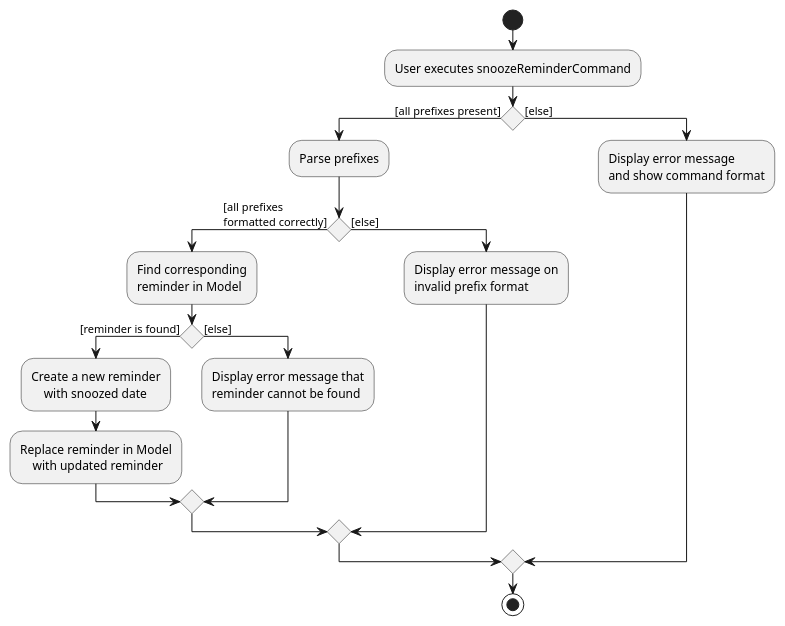
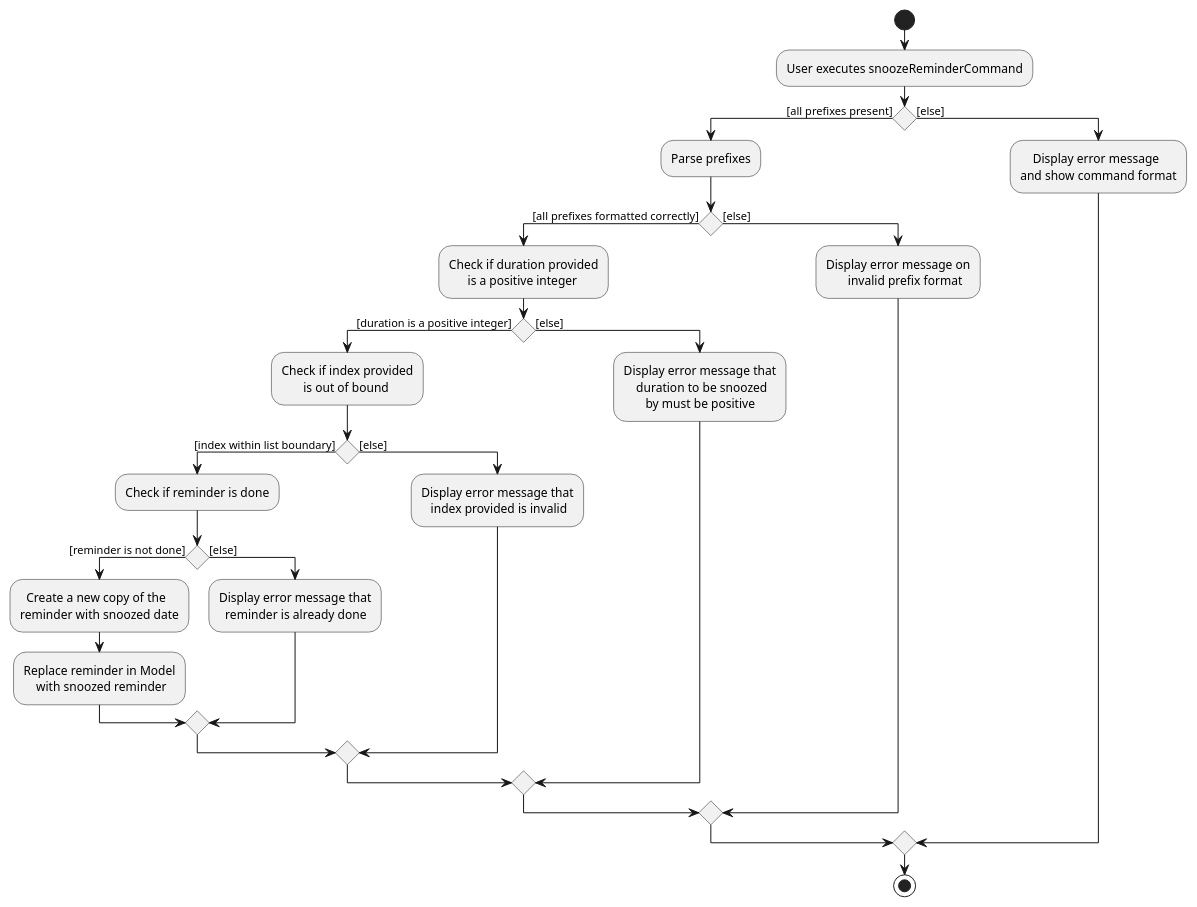
The diagram in docs/diagrams/SnoozeReminderActivityDiagram.puml (suwoons/main), drawn with PlantUML before and after one commit. The commit also changed 3 other files, not shown here.

```diff
--- a/docs/diagrams/SnoozeReminderActivityDiagram.puml
+++ b/docs/diagrams/SnoozeReminderActivityDiagram.puml
@@ -1,32 +1,45 @@
 @startuml
 start
 :User executes snoozeReminderCommand;
 
 'Since the beta syntax does not support placing the condition outside the
 'diamond we place it as the true branch instead.
 
 if () then ([all prefixes present])
     :Parse prefixes;
-    if () then (    [all prefixes
-    formatted correctly])
-        :Find corresponding
-        reminder in Model;
-        if () then ([reminder is found])
-            :Create a new reminder
-                with snoozed date;
-            :Replace reminder in Model
-                with updated reminder;
+    if () then ([all prefixes formatted correctly])
+        :Check if duration provided
+              is a positive integer;
+        if () then ([duration is a positive integer])
+            :Check if index provided
+                   is out of bound;
+                if () then ([index within list boundary])
+                :Check if reminder is done;
+                    if () then ([reminder is not done])
+                    :  Create a new copy of the
+                    reminder with snoozed date;
+                    :Replace reminder in Model
+                        with snoozed reminder;
+                    else ([else])
+                        :Display error message that
+                          reminder is already done;
+                    endif
+                else ([else])
+                    :Display error message that
+                       index provided is invalid;
+                endif
         else ([else])
             :Display error message that
-            reminder cannot be found;
+                duration to be snoozed
+                   by must be positive;
         endif
     else ([else])
         :Display error message on
-        invalid prefix format;
+               invalid prefix format;
     endif
 else ([else])
-    :Display error message
+    :    Display error message
     and show command format;
 endif
 stop
 @enduml
```
